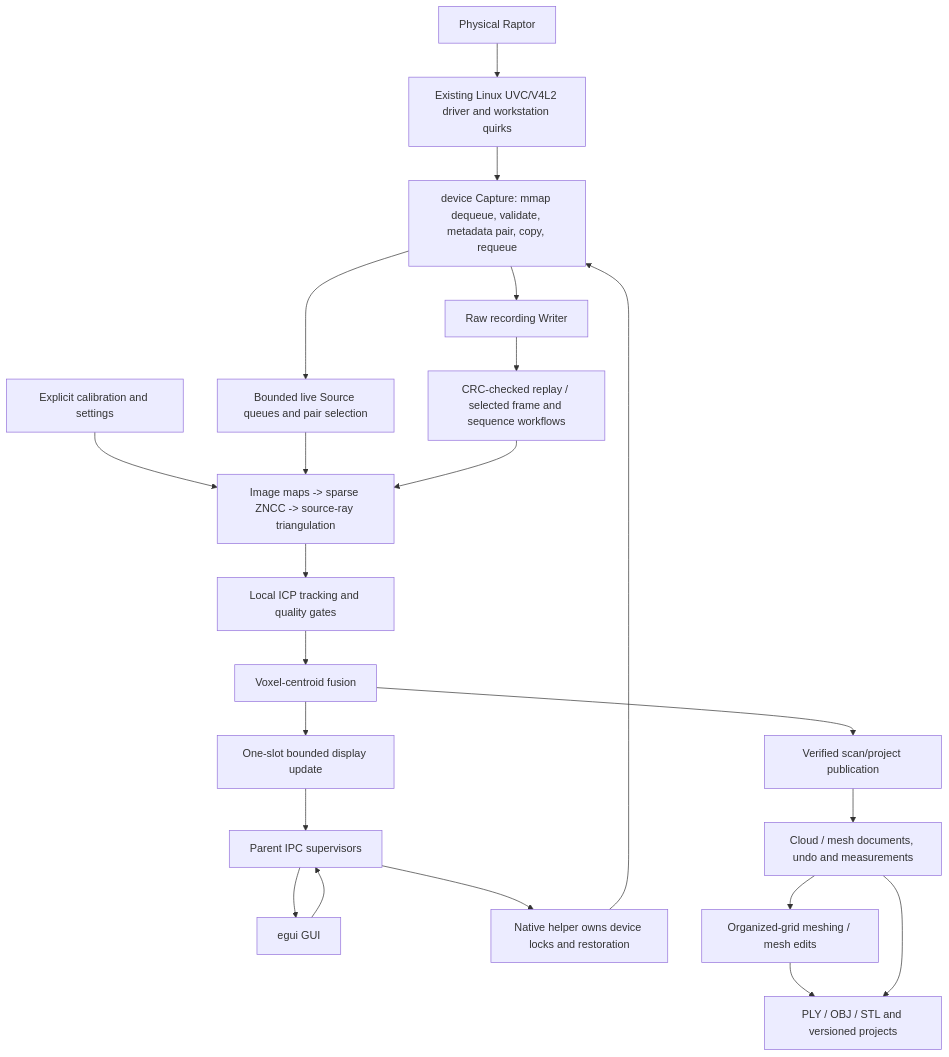
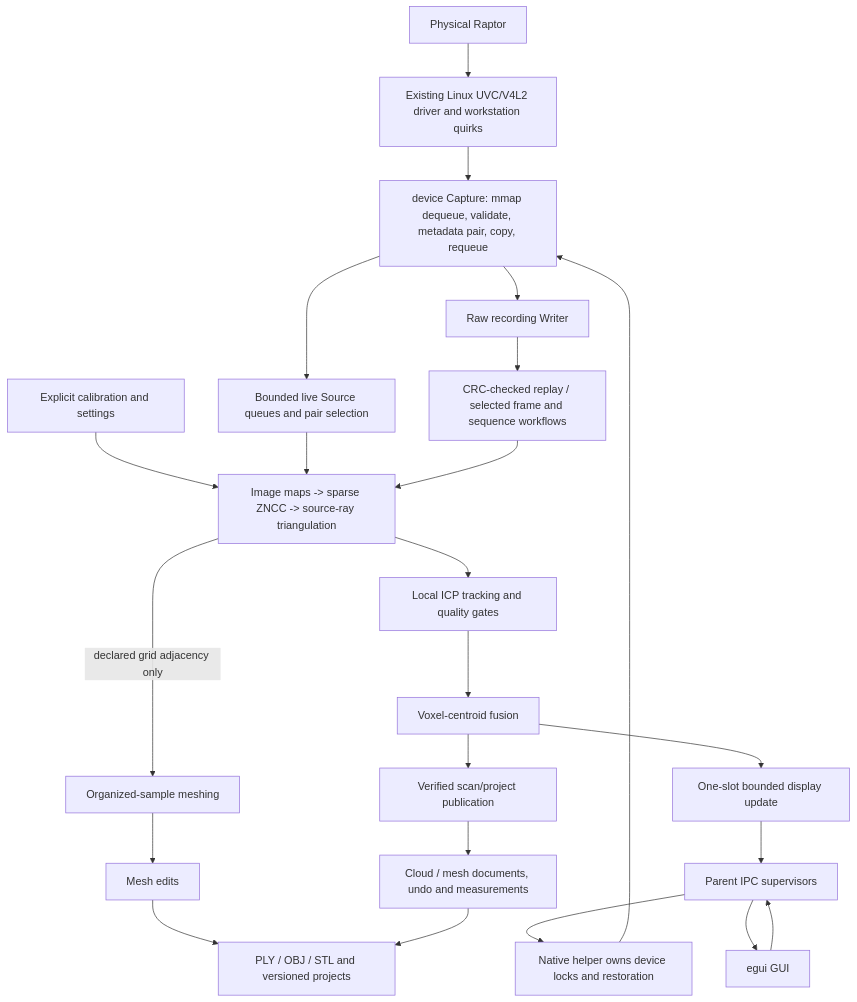
Before and after one commit to chevydan6/ScanCraft: the diagram in docs/architecture-audit/ARCHITECTURE.md, drawn with Mermaid. The commit also changed other lines of this file and 2 other files, not shown here.

Commit message:
Clarify audit entry-point coverage and organized-surface data flow

````diff
--- a/docs/architecture-audit/ARCHITECTURE.md
+++ b/docs/architecture-audit/ARCHITECTURE.md
@@ -35,23 +36,24 @@
 ```mermaid
 flowchart TD
     R[Physical Raptor] --> K[Existing Linux UVC/V4L2 driver and workstation quirks]
     K --> D[device Capture: mmap dequeue, validate, metadata pair, copy, requeue]
     GUI[egui GUI] --> SUP[Parent IPC supervisors]
     SUP --> H[Native helper owns device locks and restoration]
     H --> D
     D --> W[Raw recording Writer]
     D --> PAIR[Bounded live Source queues and pair selection]
     CAL[Explicit calibration and settings] --> DEPTH
     PAIR --> DEPTH[Image maps -> sparse ZNCC -> source-ray triangulation]
     DEPTH --> TRACK[Local ICP tracking and quality gates]
     TRACK --> FUSE[Voxel-centroid fusion]
     FUSE --> PUB[Verified scan/project publication]
     FUSE --> DISP[One-slot bounded display update]
     DISP --> SUP --> GUI
     W --> REPLAY[CRC-checked replay / selected frame and sequence workflows]
     REPLAY --> DEPTH
     PUB --> EDIT[Cloud / mesh documents, undo and measurements]
-    EDIT --> SURF[Organized-grid meshing / mesh edits]
-    SURF --> EXP[PLY / OBJ / STL and versioned projects]
+    DEPTH -->|declared grid adjacency only| GRID[Organized-sample meshing]
+    GRID --> MEDIT[Mesh edits]
+    MEDIT --> EXP[PLY / OBJ / STL and versioned projects]
     EDIT --> EXP
 ```
````
